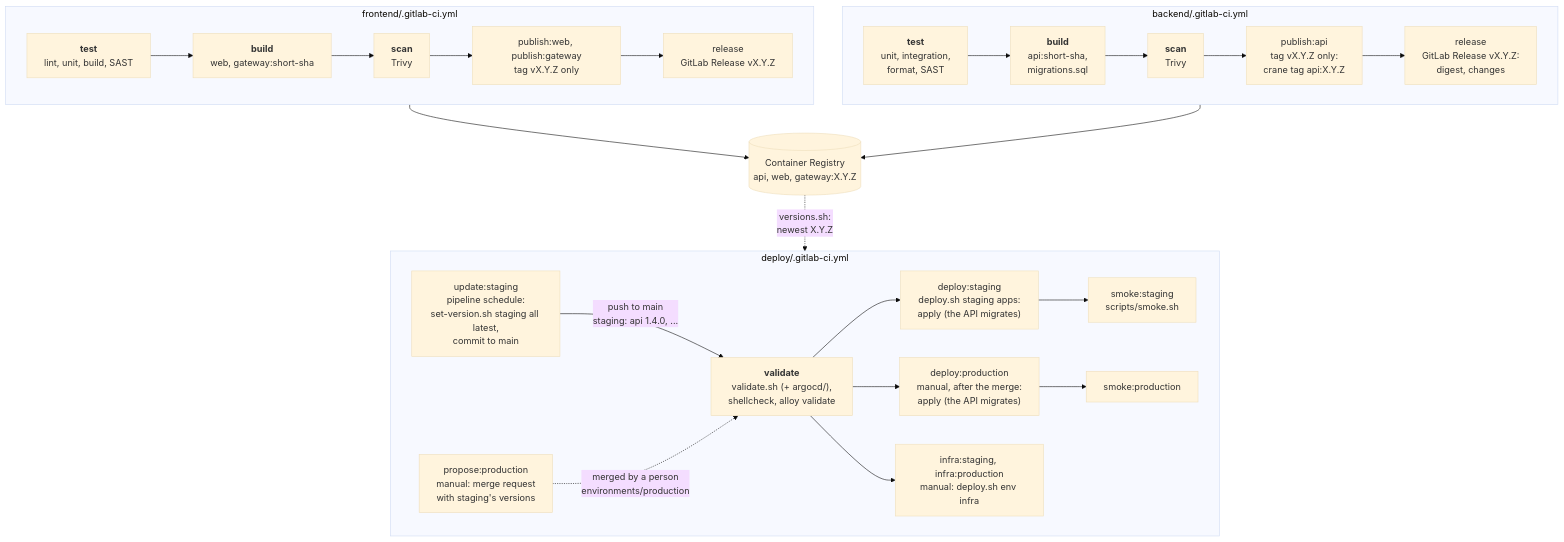
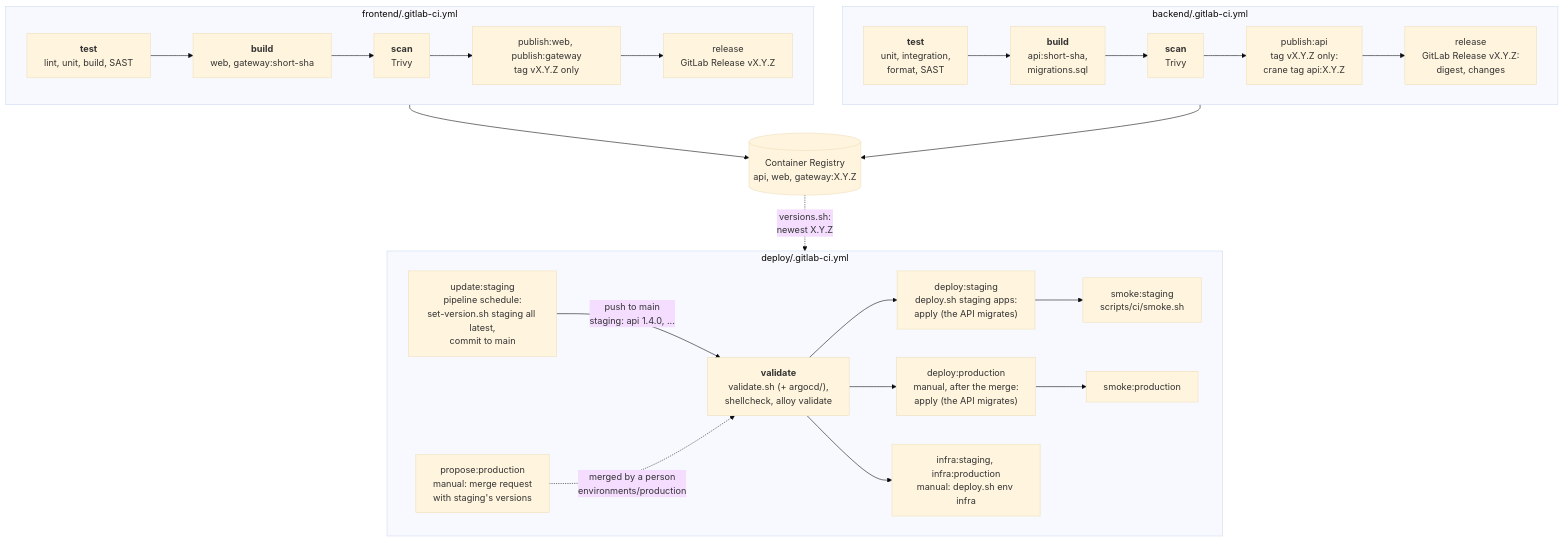
Before and after one commit to RubenCipriano/zeiss-product-management: diagram 15 of 19 in docs/flows.md, drawn with Mermaid (base theme). The commit also changed other lines of this file and 35 other files, not shown here.

````diff
--- a/docs/flows.md
+++ b/docs/flows.md
@@ -736,37 +742,37 @@
 ```mermaid
 flowchart TB
     subgraph be["backend/.gitlab-ci.yml"]
         direction LR
         bt["<b>test</b><br/>unit, integration,<br/>format, SAST"] --> bb["<b>build</b><br/>api:short-sha,<br/>migrations.sql"]
         bb --> bs["<b>scan</b><br/>Trivy"]
         bs --> bp["publish:api<br/>tag vX.Y.Z only:<br/>crane tag api:X.Y.Z"]
         bp --> br["release<br/>GitLab Release vX.Y.Z:<br/>digest, changes"]
     end
 
     subgraph fe["frontend/.gitlab-ci.yml"]
         direction LR
         ft["<b>test</b><br/>lint, unit, build, SAST"] --> fb["<b>build</b><br/>web, gateway:short-sha"]
         fb --> fs["<b>scan</b><br/>Trivy"]
         fs --> fp["publish:web, publish:gateway<br/>tag vX.Y.Z only"]
         fp --> fr["release<br/>GitLab Release vX.Y.Z"]
     end
 
     reg[("Container Registry<br/>api, web, gateway:X.Y.Z")]
     bp --> reg
     fp --> reg
 
     subgraph dp["deploy/.gitlab-ci.yml"]
         direction LR
         du["update:staging<br/>pipeline schedule:<br/>set-version.sh staging all latest,<br/>commit to main"]
         dpp["propose:production<br/>manual: merge request<br/>with staging's versions"]
         dv["<b>validate</b><br/>validate.sh (+ argocd/),<br/>shellcheck, alloy validate"] --> dds["deploy:staging<br/>deploy.sh staging apps:<br/>apply (the API migrates)"]
-        dds --> dss["smoke:staging<br/>scripts/smoke.sh"]
+        dds --> dss["smoke:staging<br/>scripts/ci/smoke.sh"]
         dv --> ddp["deploy:production<br/>manual, after the merge:<br/>apply (the API migrates)"]
         ddp --> dsp["smoke:production"]
         dv --> di["infra:staging, infra:production<br/>manual: deploy.sh env infra"]
     end
 
     reg -.->|"versions.sh:<br/>newest X.Y.Z"| du
     du -->|"push to main<br/>staging: api 1.4.0, ..."| dv
     dpp -.->|"merged by a person<br/>environments/production"| dv
 ```
````
